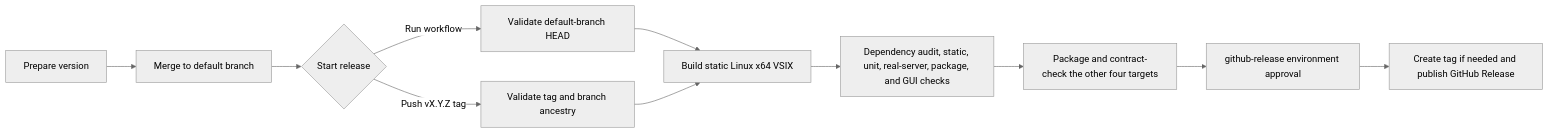
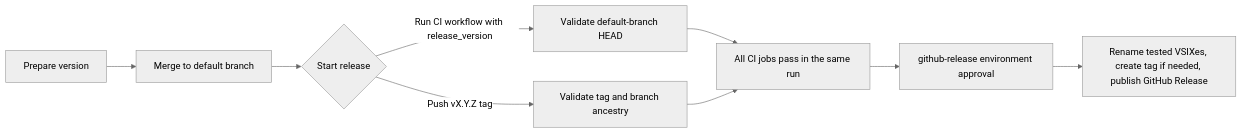
The diagram in doc/releasing.md (klcheungaj/vscode-hdlsupport), drawn with Mermaid (neutral theme) before and after one commit. The commit also changed other lines of this file and 2 other files, not shown here.

First line of the commit message:
Publish releases from the CI run that built and tested the VSIXes

````diff
--- a/doc/releasing.md
+++ b/doc/releasing.md
@@ -59,13 +61,11 @@
 ```mermaid
 flowchart LR
     A[Prepare version] --> B[Merge to default branch]
     B --> C{Start release}
-    C -->|Run workflow| D[Validate default-branch HEAD]
+    C -->|Run CI workflow with release_version| D[Validate default-branch HEAD]
     C -->|Push vX.Y.Z tag| E[Validate tag and branch ancestry]
-    D --> F[Build static Linux x64 VSIX]
+    D --> F[All CI jobs pass in the same run]
     E --> F
-    F --> G[Dependency audit, static, unit, real-server, package, and GUI checks]
-    G --> H[Package and contract-check the other four targets]
-    H --> I[github-release environment approval]
-    I --> J[Create tag if needed and publish GitHub Release]
+    F --> G[github-release environment approval]
+    G --> H[Rename tested VSIXes, create tag if needed, publish GitHub Release]
 ```
````
